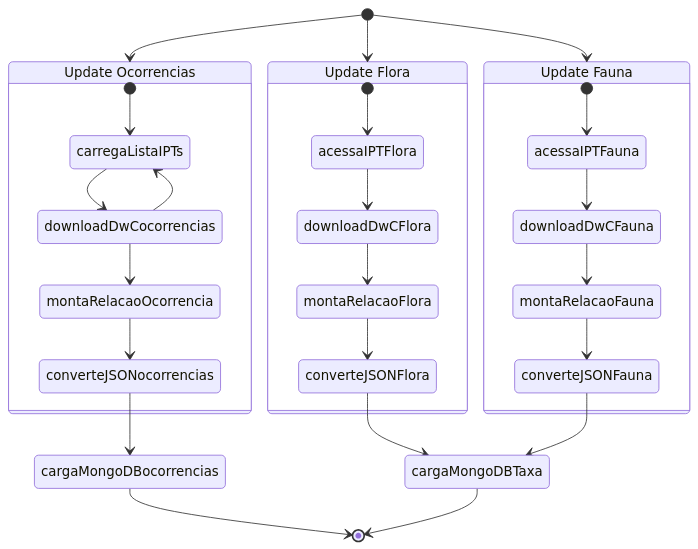
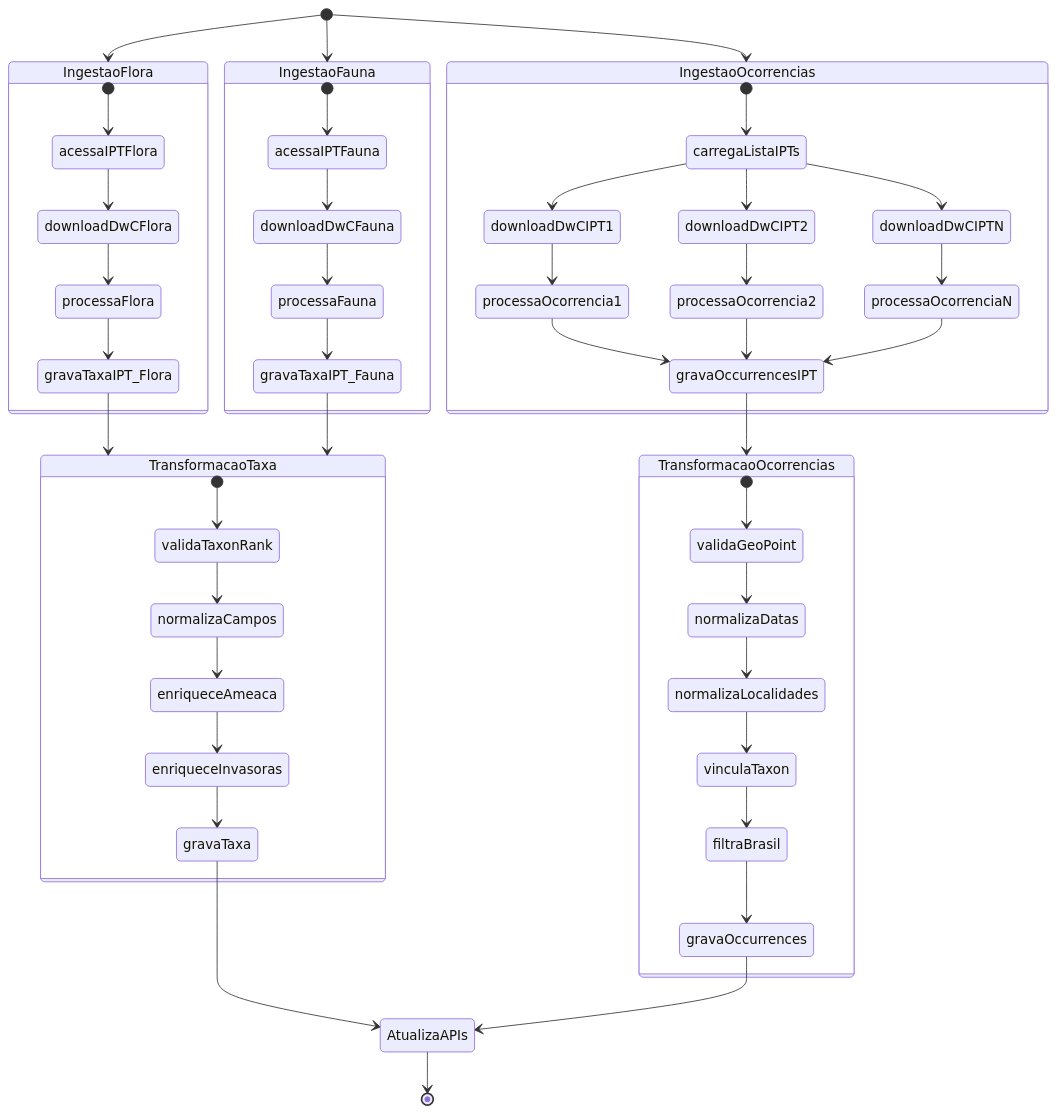
The diagram in docs/atualizacao.md (biopinda/Biodiversidade-Online), drawn with Mermaid before and after one commit. The commit also changed other lines of this file and 75 other files, not shown here.

````diff
--- a/docs/atualizacao.md
+++ b/docs/atualizacao.md
@@ -3,37 +36,58 @@
 ```mermaid
+stateDiagram-v2
+    [*] --> IngestaoFlora
+    [*] --> IngestaoFauna
+    [*] --> IngestaoOcorrencias
 
-stateDiagram-v2
-    [*] --> Updatefauna
-    Updatefauna: Update Fauna
-    state Updatefauna {
-    [*] --> acessaIPTFauna
-    acessaIPTFauna --> downloadDwCFauna
-    downloadDwCFauna --> montaRelacaoFauna
-    montaRelacaoFauna --> converteJSONFauna
-
-    }
-    [*] --> Updateflora
-    Updateflora: Update Flora
-    state Updateflora {
-    [*] --> acessaIPTFlora
-    acessaIPTFlora --> downloadDwCFlora
-    downloadDwCFlora --> montaRelacaoFlora
-    montaRelacaoFlora --> converteJSONFlora
-
-    }
-    [*] --> Updateocorrencias
-    Updateocorrencias: Update Ocorrencias
-    state Updateocorrencias {
-    [*] --> carregaListaIPTs
-    carregaListaIPTs --> downloadDwCocorrencias
-    downloadDwCocorrencias --> carregaListaIPTs
-    downloadDwCocorrencias --> montaRelacaoOcorrencia
-    montaRelacaoOcorrencia --> converteJSONocorrencias
+    state IngestaoFlora {
+        [*] --> acessaIPTFlora
+        acessaIPTFlora --> downloadDwCFlora
+        downloadDwCFlora --> processaFlora
+        processaFlora --> gravaTaxaIPT_Flora
     }
 
-    converteJSONFlora --> cargaMongoDBTaxa
-    converteJSONFauna --> cargaMongoDBTaxa
-    converteJSONocorrencias --> cargaMongoDBocorrencias
-    cargaMongoDBocorrencias --> [*]
-    cargaMongoDBTaxa --> [*]
+    state IngestaoFauna {
+        [*] --> acessaIPTFauna
+        acessaIPTFauna --> downloadDwCFauna
+        downloadDwCFauna --> processaFauna
+        processaFauna --> gravaTaxaIPT_Fauna
+    }
+
+    state IngestaoOcorrencias {
+        [*] --> carregaListaIPTs
+        carregaListaIPTs --> downloadDwCIPT1
+        carregaListaIPTs --> downloadDwCIPT2
+        carregaListaIPTs --> downloadDwCIPTN
+        downloadDwCIPT1 --> processaOcorrencia1
+        downloadDwCIPT2 --> processaOcorrencia2
+        downloadDwCIPTN --> processaOcorrenciaN
+        processaOcorrencia1 --> gravaOccurrencesIPT
+        processaOcorrencia2 --> gravaOccurrencesIPT
+        processaOcorrenciaN --> gravaOccurrencesIPT
+    }
+
+    gravaTaxaIPT_Flora --> TransformacaoTaxa
+    gravaTaxaIPT_Fauna --> TransformacaoTaxa
+    gravaOccurrencesIPT --> TransformacaoOcorrencias
+
+    state TransformacaoTaxa {
+        [*] --> validaTaxonRank
+        validaTaxonRank --> normalizaCampos
+        normalizaCampos --> enriqueceAmeaca
+        enriqueceAmeaca --> enriqueceInvasoras
+        enriqueceInvasoras --> gravaTaxa
+    }
+
+    state TransformacaoOcorrencias {
+        [*] --> validaGeoPoint
+        validaGeoPoint --> normalizaDatas
+        normalizaDatas --> normalizaLocalidades
+        normalizaLocalidades --> vinculaTaxon
+        vinculaTaxon --> filtraBrasil
+        filtraBrasil --> gravaOccurrences
+    }
+
+    gravaTaxa --> AtualizaAPIs
+    gravaOccurrences --> AtualizaAPIs
+    AtualizaAPIs --> [*]
 ```
````
